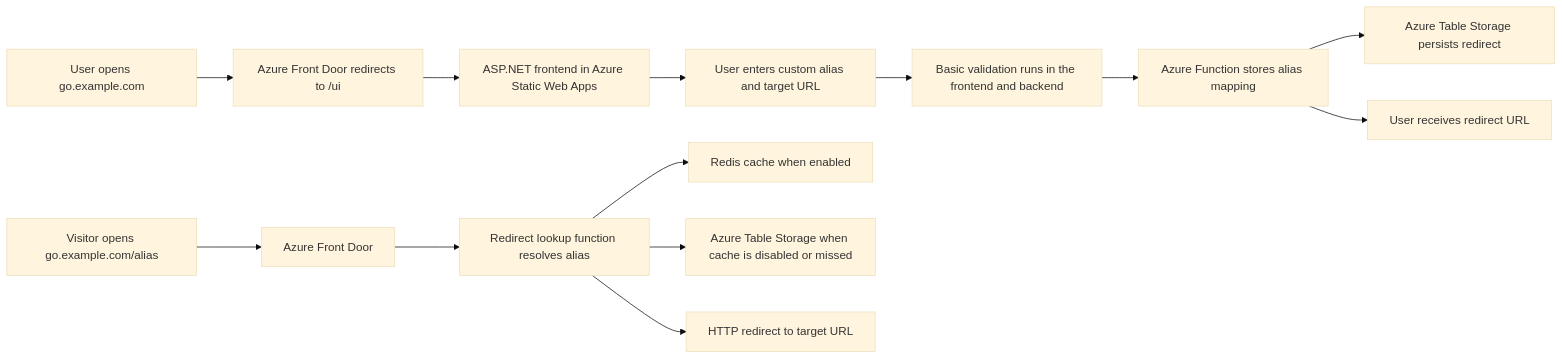
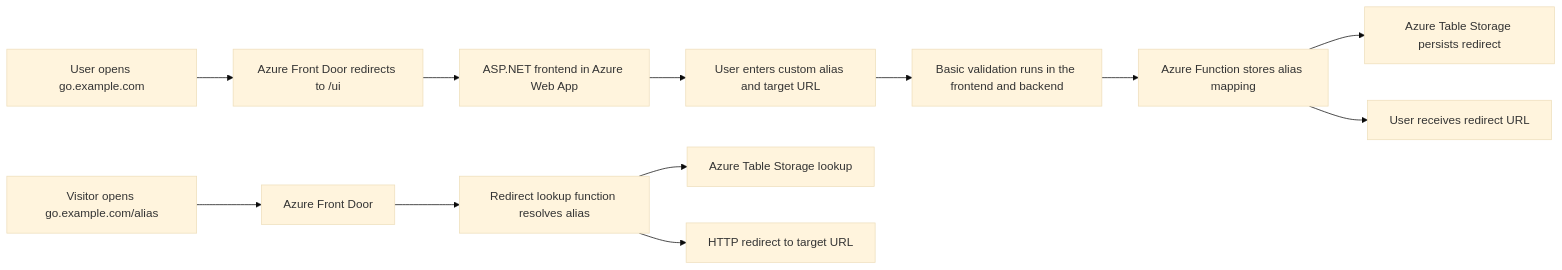
Before and after one commit to RaulSebastian/url-redirect: the first of 2 diagrams in README.md, drawn with Mermaid (base theme). The commit also changed other lines of this file and 7 other files, not shown here.

Commit message:
Add Bash scripts for multi-environment IaC deployment and validation, update JSON templates and README with Azure Web App architecture, and refactor Bicep files for modularity.

````diff
--- a/README.md
+++ b/README.md
@@ -39,15 +38,14 @@
 ```mermaid
 flowchart LR
     A["User opens go.example.com"] --> B["Azure Front Door redirects to /ui"]
-    B --> C["ASP.NET frontend in Azure Static Web Apps"]
+    B --> C["ASP.NET frontend in Azure Web App"]
     C --> D["User enters custom alias and target URL"]
     D --> E["Basic validation runs in the frontend and backend"]
     E --> F["Azure Function stores alias mapping"]
     F --> G["Azure Table Storage persists redirect"]
     F --> H["User receives redirect URL"]
     I["Visitor opens go.example.com/alias"] --> J["Azure Front Door"]
     J --> K["Redirect lookup function resolves alias"]
-    K --> L["Redis cache when enabled"]
-    K --> M["Azure Table Storage when cache is disabled or missed"]
-    K --> N["HTTP redirect to target URL"]
+    K --> L["Azure Table Storage lookup"]
+    K --> M["HTTP redirect to target URL"]
 ```
````
